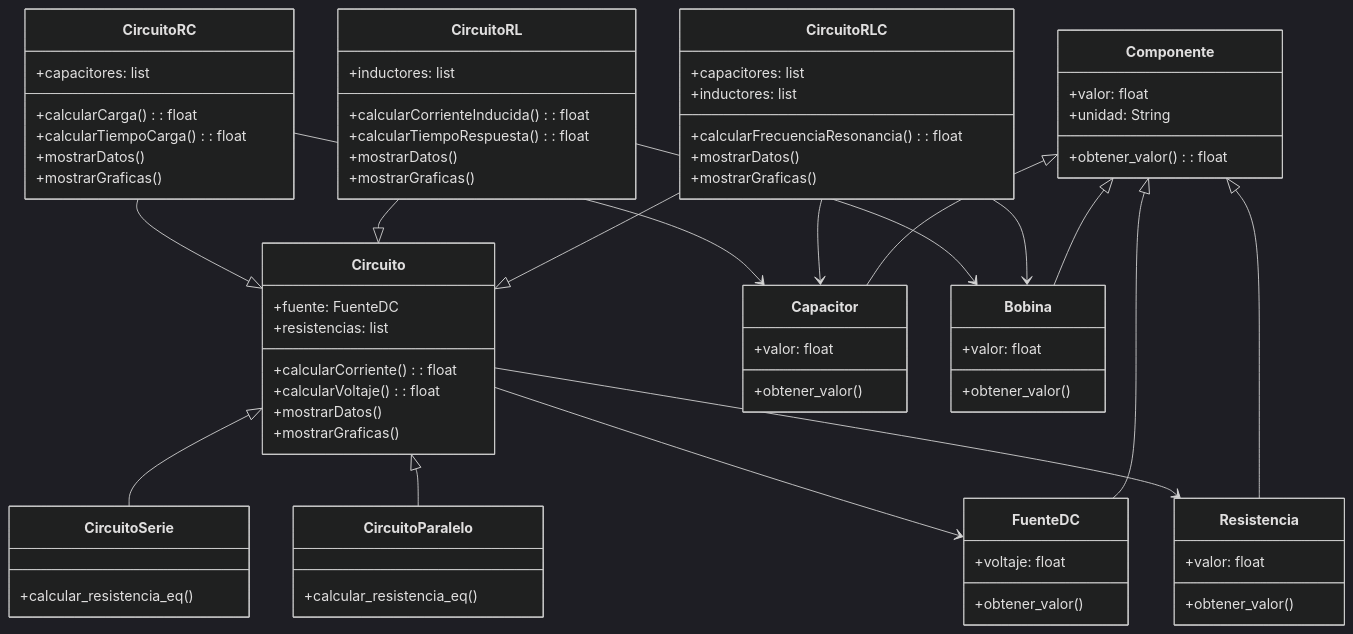
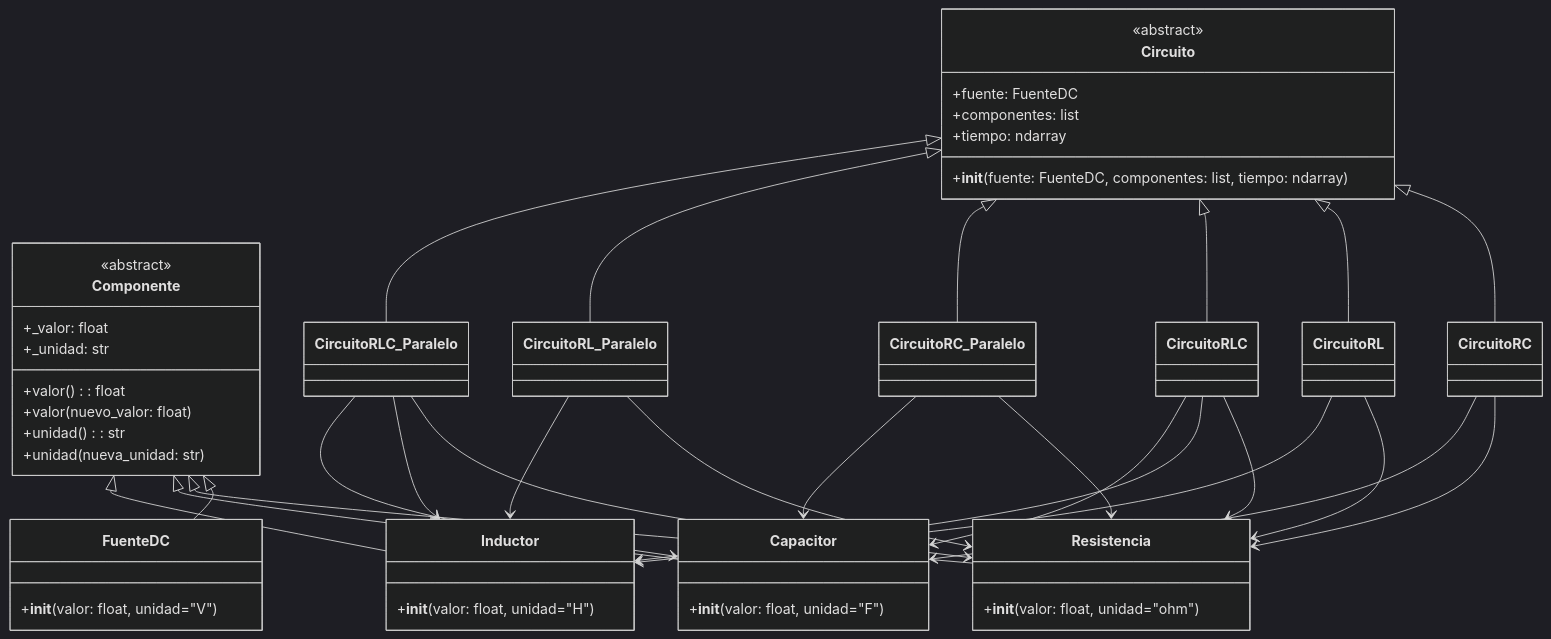
The second of 3 diagrams in README.md (Mrincon27/simulador-de-circuitos), drawn with Mermaid (dark theme) before and after one commit. The commit also changed other lines of this file, not shown here.

````diff
--- a/README.md
+++ b/README.md
@@ -288,93 +290,70 @@
 classDiagram
 direction TB
 
-    class Circuito {
-        +fuente: FuenteDC
-        +resistencias: list
-        +calcularCorriente() : float
-        +calcularVoltaje() : float
-        +mostrarDatos()
-        +mostrarGraficas()
+    %% Clase base abstracta
+    class Componente {
+        <<abstract>>
+        +_valor: float
+        +_unidad: str
+        +valor() : float
+        +valor(nuevo_valor: float)
+        +unidad() : str
+        +unidad(nueva_unidad: str)
     }
 
-    class CircuitoSerie {
-        +calcular_resistencia_eq()
-    }
+    %% Componentes concretos
+    Componente <|-- FuenteDC
+    Componente <|-- Resistencia
+    Componente <|-- Capacitor
+    Componente <|-- Inductor
 
-    class CircuitoParalelo {
-        +calcular_resistencia_eq()
-    }
-
-    class CircuitoRC {
-        +capacitores: list
-        +calcularCarga() : float
-        +calcularTiempoCarga() : float
-        +mostrarDatos()
-        +mostrarGraficas()
-    }
-
-    class CircuitoRL {
-        +inductores: list
-        +calcularCorrienteInducida() : float
-        +calcularTiempoRespuesta() : float
-        +mostrarDatos()
-        +mostrarGraficas()
-    }
-
-    class CircuitoRLC {
-        +capacitores: list
-        +inductores: list
-        +calcularFrecuenciaResonancia() : float
-        +mostrarDatos()
-        +mostrarGraficas()
-    }
-
-    class Componente {
-        +valor: float
-        +unidad: String
-        +obtener_valor() : float
+    class FuenteDC {
+        +__init__(valor: float, unidad="V")
     }
 
     class Resistencia {
-        +valor: float
-        +obtener_valor()
+        +__init__(valor: float, unidad="ohm")
     }
 
     class Capacitor {
-        +valor: float
-        +obtener_valor()
+        +__init__(valor: float, unidad="F")
     }
 
-    class Bobina {
-        +valor: float
-        +obtener_valor()
+    class Inductor {
+        +__init__(valor: float, unidad="H")
     }
 
-    class FuenteDC {
-        +voltaje: float
-        +obtener_valor()
+    %% Clase base abstracta para circuitos
+    class Circuito {
+        <<abstract>>
+        +fuente: FuenteDC
+        +componentes: list
+        +tiempo: ndarray
+        +__init__(fuente: FuenteDC, componentes: list, tiempo: ndarray)
     }
 
-    %% Herencia de Circuito
-    Circuito <|-- CircuitoSerie
-    Circuito <|-- CircuitoParalelo
-    CircuitoRC --|> Circuito
-    CircuitoRL --|> Circuito
-    CircuitoRLC --|> Circuito
 
-    %% Relación de Circuitos específicos con sus componentes
+    %% Circuitos concretos
+    Circuito <|-- CircuitoRC
+    Circuito <|-- CircuitoRL
+    Circuito <|-- CircuitoRLC
+    Circuito <|-- CircuitoRC_Paralelo
+    Circuito <|-- CircuitoRL_Paralelo
+    Circuito <|-- CircuitoRLC_Paralelo
+
+    %% Relaciones entre circuitos y componentes
+    CircuitoRC --> Resistencia
     CircuitoRC --> Capacitor
-    CircuitoRL --> Bobina
+    CircuitoRL --> Resistencia
+    CircuitoRL --> Inductor
+    CircuitoRLC --> Resistencia
+    CircuitoRLC --> Inductor
     CircuitoRLC --> Capacitor
-    CircuitoRLC --> Bobina
-
-    %% Relación de Circuito con sus componentes
-    Circuito --> FuenteDC
-    Circuito --> Resistencia
-
-    %% Herencia de Componente
-    Componente <|-- Resistencia
-    Componente <|-- Capacitor
-    Componente <|-- Bobina
-    Componente <|-- FuenteDC
+    CircuitoRC_Paralelo --> Resistencia
+    CircuitoRC_Paralelo --> Capacitor
+    CircuitoRL_Paralelo --> Resistencia
+    CircuitoRL_Paralelo --> Inductor
+    CircuitoRLC_Paralelo --> Resistencia
+    CircuitoRLC_Paralelo --> Inductor
+    CircuitoRLC_Paralelo --> Capacitor
 ```
````
